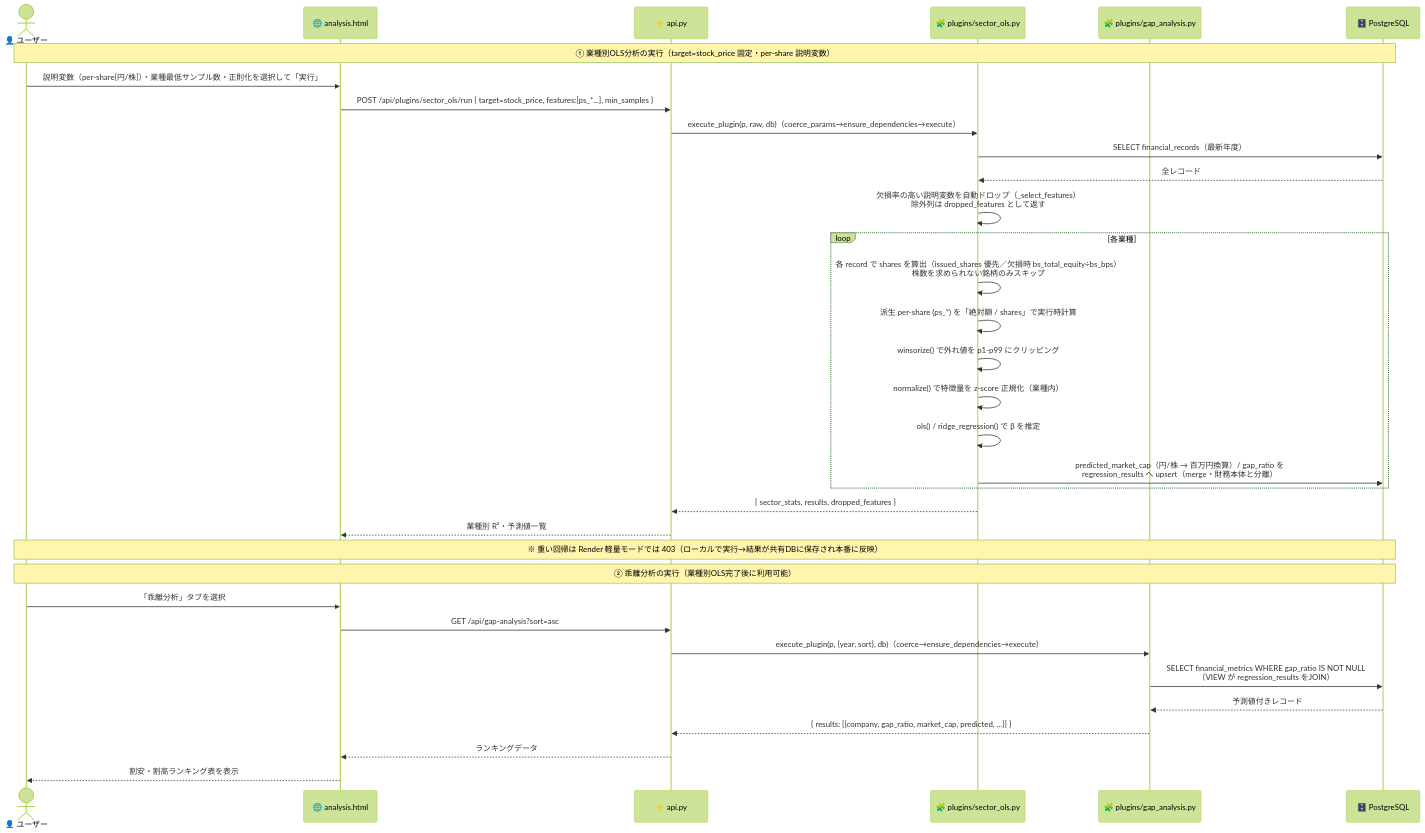
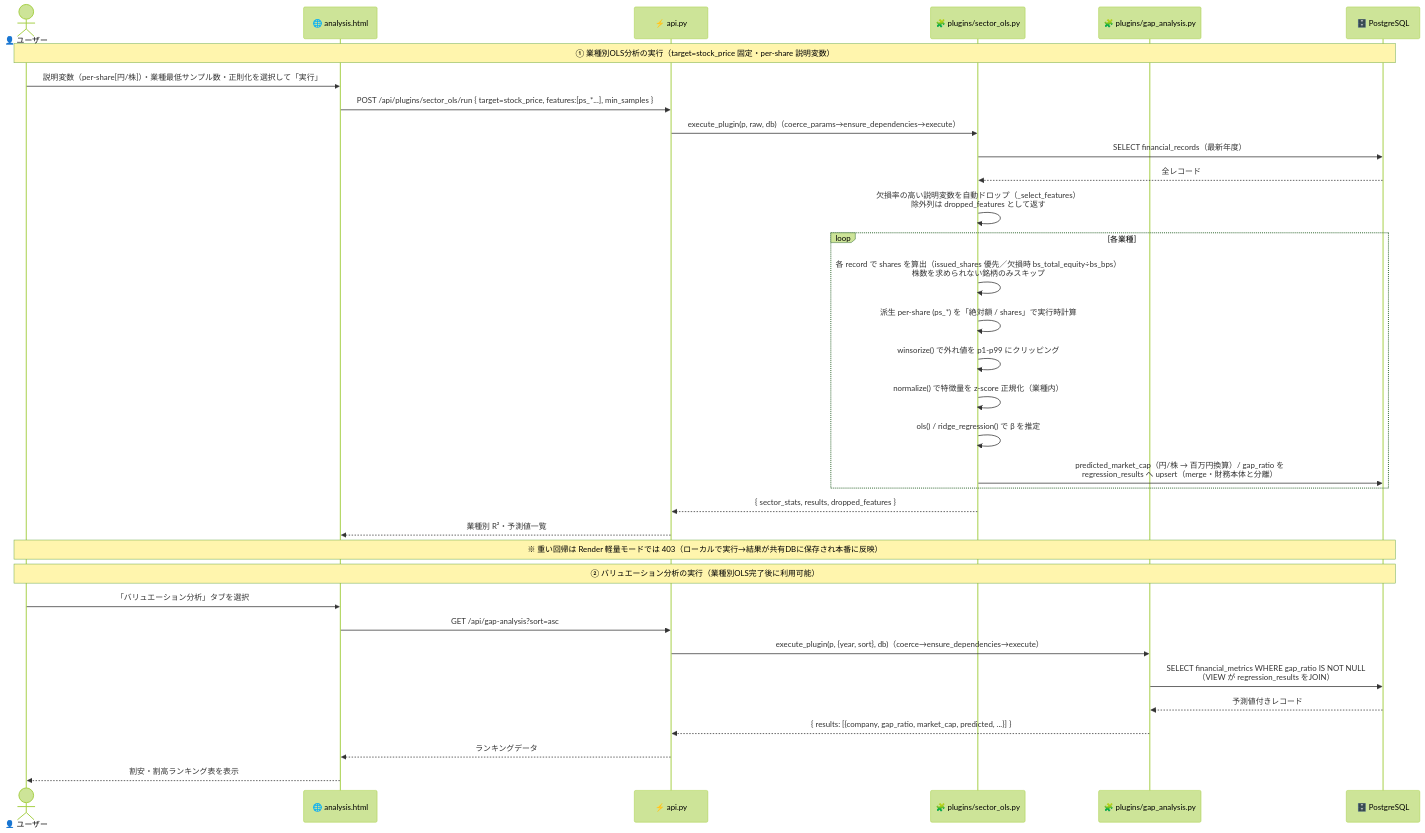
Before and after one commit to kome-kome/financial_app: the sixth of 12 diagrams in docs/ARCHITECTURE.md, drawn with Mermaid (forest theme). The commit also changed other lines of this file and 10 other files, not shown here.

````diff
--- a/docs/ARCHITECTURE.md
+++ b/docs/ARCHITECTURE.md
@@ -450,42 +450,42 @@
 ```mermaid
 sequenceDiagram
     actor       User  as 👤 ユーザー
     participant UI    as 🌐 analysis.html
     participant API   as ⚡ api.py
     participant PLG   as 🧩 plugins/sector_ols.py
     participant GAP   as 🧩 plugins/gap_analysis.py
     participant DB    as 🗄️ PostgreSQL
 
     Note over User,DB: ① 業種別OLS分析の実行（target=stock_price 固定・per-share 説明変数）
     User ->> UI  : 説明変数（per-share[円/株]）・業種最低サンプル数・正則化を選択して「実行」
     UI   ->> API : POST /api/plugins/sector_ols/run { target=stock_price, features:[ps_*...], min_samples }
     API  ->> PLG : execute_plugin(p, raw, db)（coerce_params→ensure_dependencies→execute）
 
     PLG  ->> DB  : SELECT financial_records（最新年度）
     DB  -->> PLG : 全レコード
 
     PLG  ->> PLG : 欠損率の高い説明変数を自動ドロップ（_select_features）<br/>除外列は dropped_features として返す
     loop 各業種
         PLG  ->> PLG : 各 record で shares を算出（issued_shares 優先／欠損時 bs_total_equity÷bs_bps）<br/>株数を求められない銘柄のみスキップ
         PLG  ->> PLG : 派生 per-share (ps_*) を「絶対額 / shares」で実行時計算
         PLG  ->> PLG : winsorize() で外れ値を p1-p99 にクリッピング
         PLG  ->> PLG : normalize() で特徴量を z-score 正規化（業種内）
         PLG  ->> PLG : ols() / ridge_regression() で β を推定
         PLG  ->> DB  : predicted_market_cap（円/株 → 百万円換算）/ gap_ratio を<br/>regression_results へ upsert（merge・財務本体と分離）
     end
 
     PLG -->> API : { sector_stats, results, dropped_features }
     API -->> UI  : 業種別 R²・予測値一覧
 
     Note over User,DB: ※ 重い回帰は Render 軽量モードでは 403（ローカルで実行→結果が共有DBに保存され本番に反映）
 
-    Note over User,DB: ② 乖離分析の実行（業種別OLS完了後に利用可能）
-    User ->> UI  : 「乖離分析」タブを選択
+    Note over User,DB: ② バリュエーション分析の実行（業種別OLS完了後に利用可能）
+    User ->> UI  : 「バリュエーション分析」タブを選択
     UI   ->> API : GET /api/gap-analysis?sort=asc
     API  ->> GAP : execute_plugin(p, {year, sort}, db)（coerce→ensure_dependencies→execute）
     GAP  ->> DB  : SELECT financial_metrics WHERE gap_ratio IS NOT NULL<br/>（VIEW が regression_results をJOIN）
     DB  -->> GAP : 予測値付きレコード
     GAP -->> API : { results: [{company, gap_ratio, market_cap, predicted, ...}] }
     API -->> UI  : ランキングデータ
     UI  -->> User: 割安・割高ランキング表を表示
 ```
````
